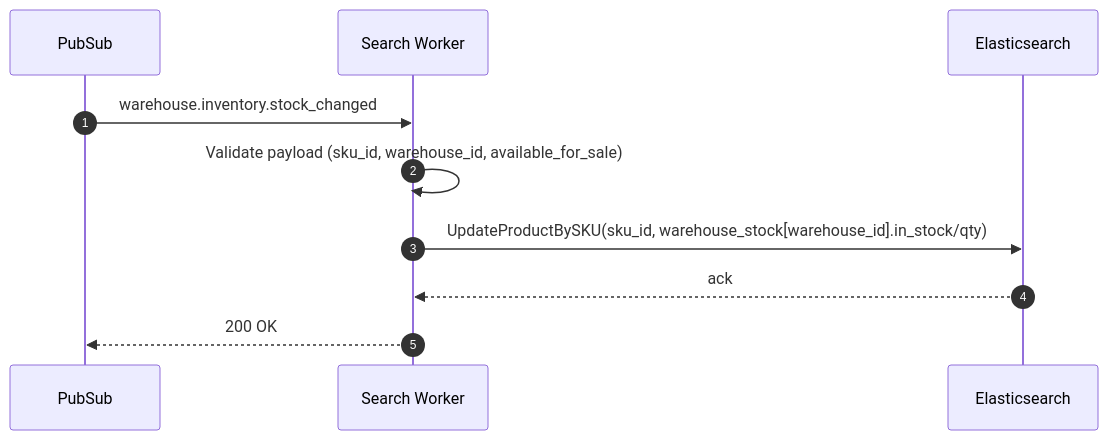
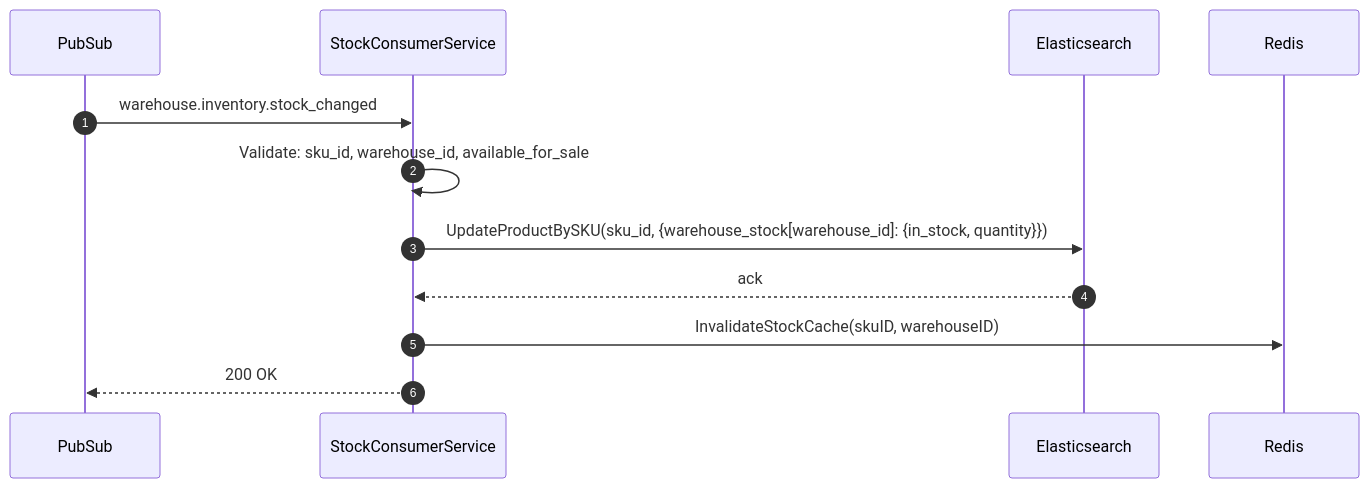
Before and after one commit to vesviet/Composable-Commerce-Service-Architecture: the seventh of 12 diagrams in 02-business-domains/content/search-discovery.md, drawn with Mermaid. The commit also changed other lines of this file and 9 other files, not shown here.

````diff
--- a/02-business-domains/content/search-discovery.md
+++ b/02-business-domains/content/search-discovery.md
@@ -629,13 +282,15 @@
 ```mermaid
 sequenceDiagram
-  autonumber
-  participant PUB as PubSub
-  participant W as Search Worker
-  participant ES as Elasticsearch
+    autonumber
+    participant PUB as PubSub
+    participant W as StockConsumerService
+    participant ES as Elasticsearch
+    participant R as Redis
 
-  PUB->>W: warehouse.inventory.stock_changed
-  W->>W: Validate payload (sku_id, warehouse_id, available_for_sale)
-  W->>ES: UpdateProductBySKU(sku_id, warehouse_stock[warehouse_id].in_stock/qty)
-  ES-->>W: ack
-  W-->>PUB: 200 OK
+    PUB->>W: warehouse.inventory.stock_changed
+    W->>W: Validate: sku_id, warehouse_id, available_for_sale
+    W->>ES: UpdateProductBySKU(sku_id, {warehouse_stock[warehouse_id]: {in_stock, quantity}})
+    ES-->>W: ack
+    W->>R: InvalidateStockCache(skuID, warehouseID)
+    W-->>PUB: 200 OK
 ```
````
